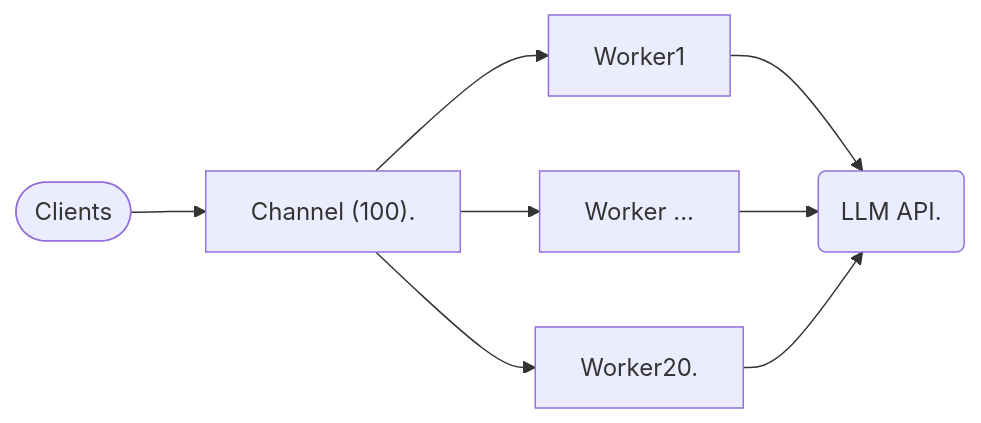
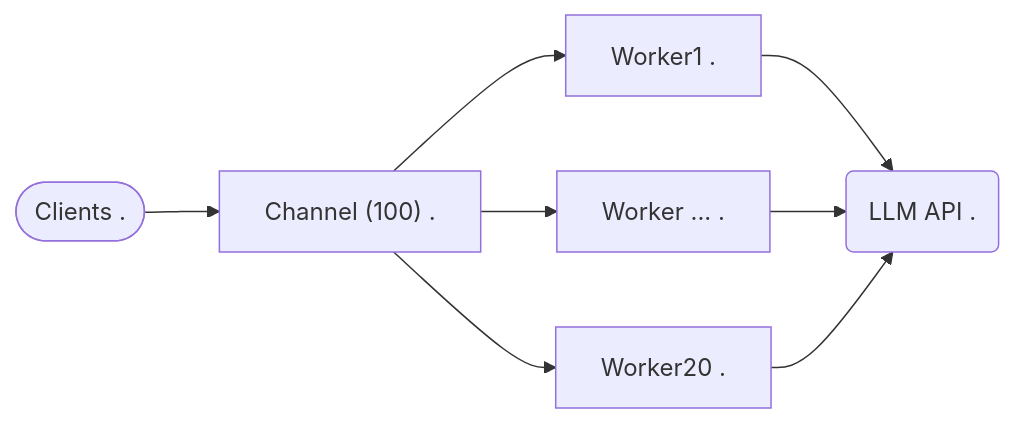
Before and after one commit to g4s8/gdf-am-2025: the fifth of 5 diagrams in site/content/_index.md, drawn with Mermaid. The commit also changed other lines of this file, not shown here.

```diff
--- a/site/content/_index.md
+++ b/site/content/_index.md
@@ -386,15 +386,15 @@
 {{< mermaid >}}
 graph LR
-    A(["Clients "])
-    F("LLM API. ")
+    A(["Clients  ."])
+    F("LLM API  .")
 
-    A --> B["Channel  (100). "]
+    A --> B["Channel  (100)   ."]
 
-    B --> C["Worker1  "]
-    B --> D["Worker ...  "]
-    B --> E["Worker20. "]
+    B --> C["Worker1   ."]
+    B --> D["Worker ...   ."]
+    B --> E["Worker20   ."]
 
     C --> F
     D --> F
     E --> F
 {{< /mermaid >}}
```
